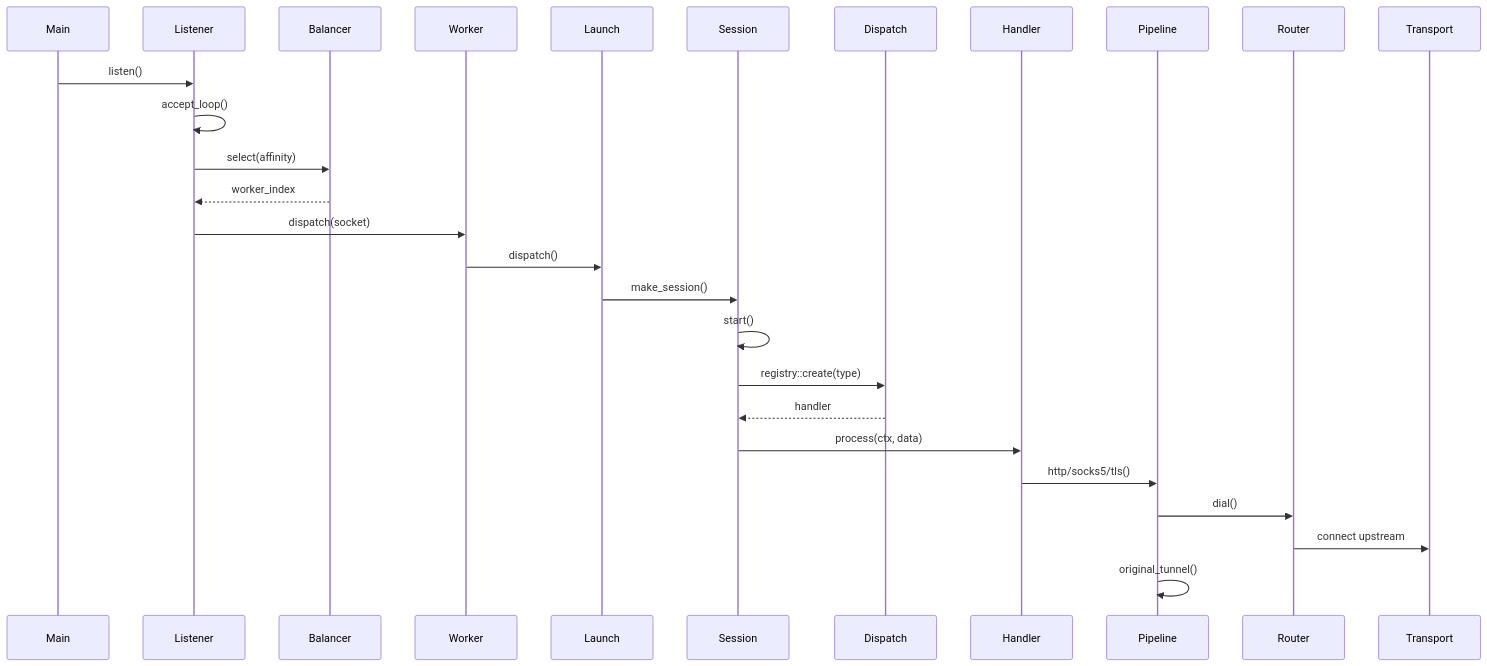
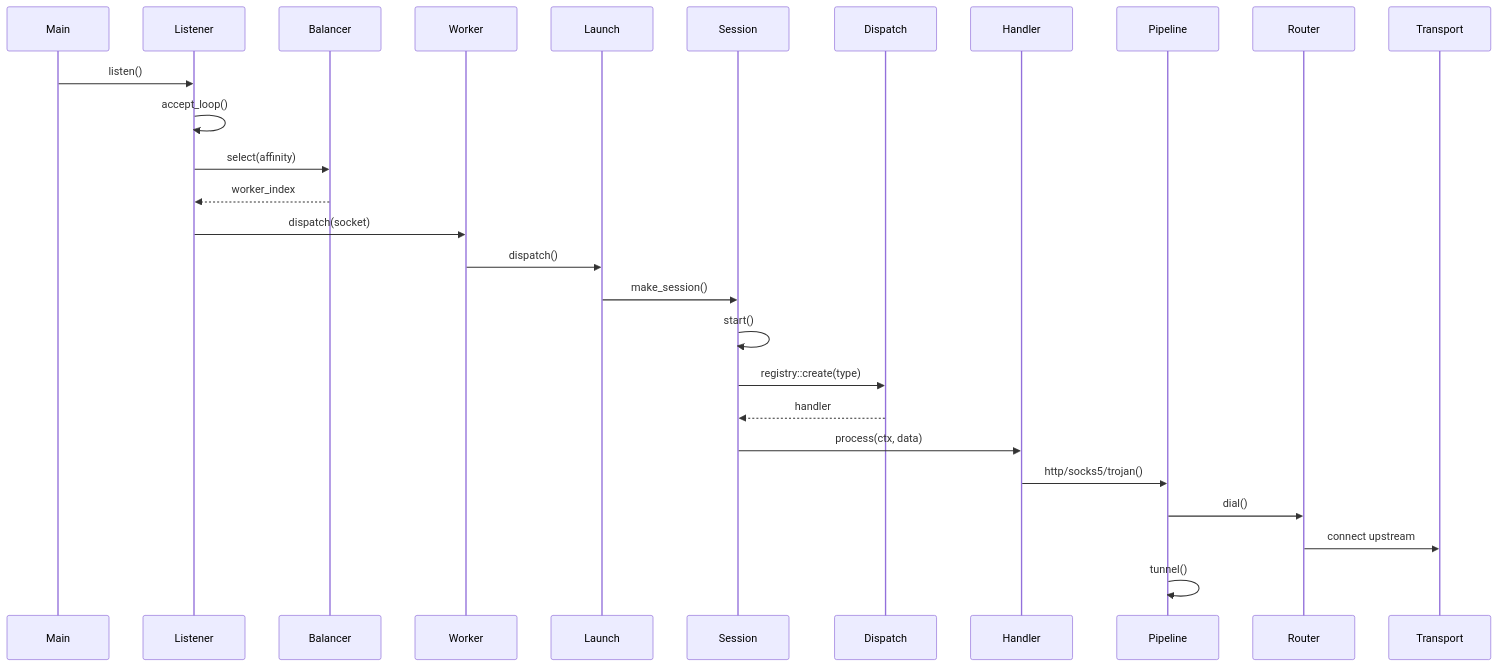
The diagram in docs/reference/diagrams/runtime.mmd (Hatedatastructures/Prism), drawn with Mermaid before and after one commit. The commit also changed 44 other files, not shown here.

```diff
--- a/docs/reference/diagrams/runtime.mmd
+++ b/docs/reference/diagrams/runtime.mmd
@@ -1,28 +1,28 @@
 sequenceDiagram
     participant Main
     participant Listener
     participant Balancer
     participant Worker
     participant Launch
     participant Session
     participant Dispatch
     participant Handler
     participant Pipeline
     participant Router
     participant Transport
 
     Main->>Listener: listen()
     Listener->>Listener: accept_loop()
     Listener->>Balancer: select(affinity)
     Balancer-->>Listener: worker_index
     Listener->>Worker: dispatch(socket)
     Worker->>Launch: dispatch()
     Launch->>Session: make_session()
     Session->>Session: start()
     Session->>Dispatch: registry::create(type)
     Dispatch-->>Session: handler
     Session->>Handler: process(ctx, data)
-    Handler->>Pipeline: http/socks5/tls()
+    Handler->>Pipeline: http/socks5/trojan()
     Pipeline->>Router: dial()
     Router->>Transport: connect upstream
-    Pipeline->>Pipeline: original_tunnel()
+    Pipeline->>Pipeline: tunnel()
```
